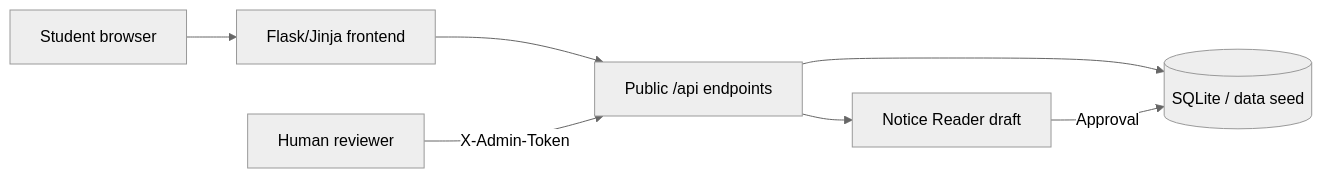
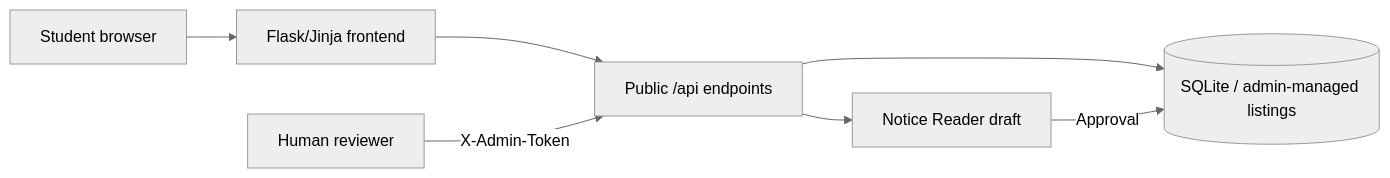
Before and after one commit to franklinannan001/BURSARY_RADAR: the diagram in README.md, drawn with Mermaid (neutral theme). The commit also changed other lines of this file and 11 other files, not shown here.

````diff
--- a/README.md
+++ b/README.md
@@ -20,9 +19,9 @@
 ```mermaid
 flowchart LR
   Student[Student browser] --> Flask[Flask/Jinja frontend]
   Flask --> API["Public /api endpoints"]
-  API --> SQLite[(SQLite / data seed)]
+  API --> SQLite[(SQLite / admin-managed listings)]
   Admin[Human reviewer] -->|X-Admin-Token| API
   API --> Draft[Notice Reader draft]
   Draft -->|Approval| SQLite
 ```
````
